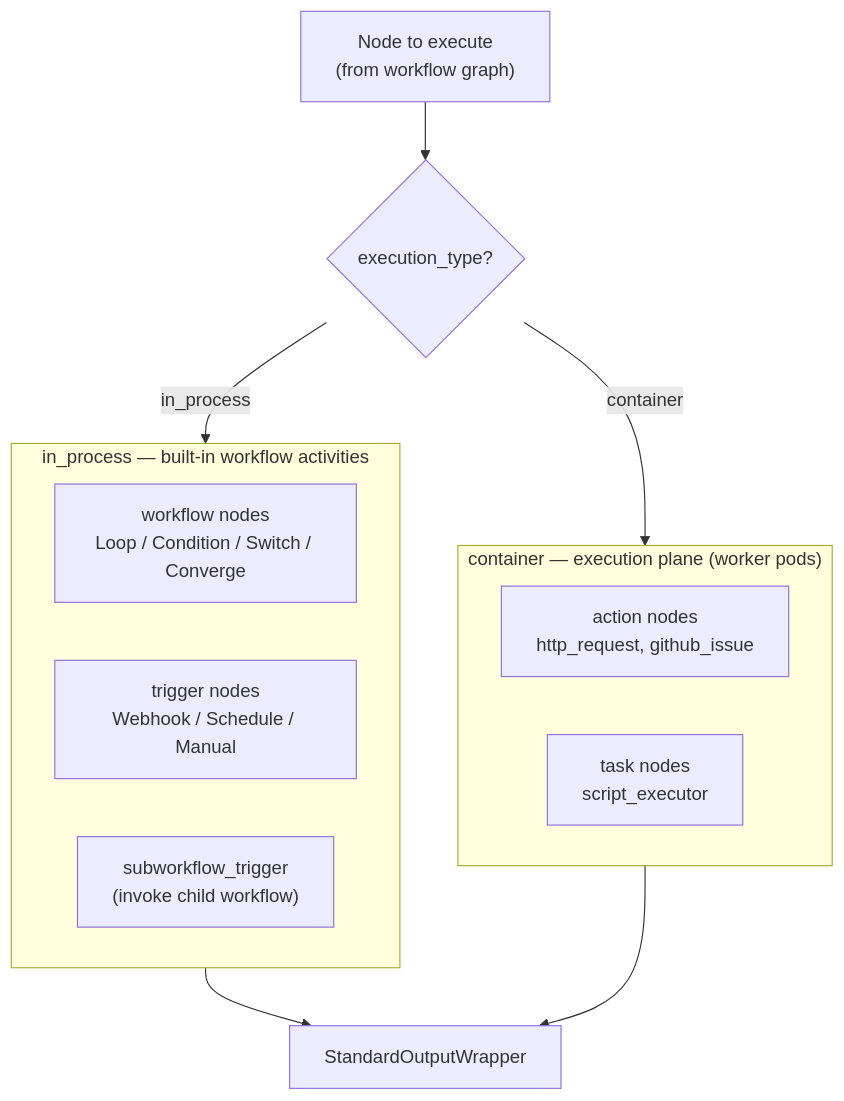
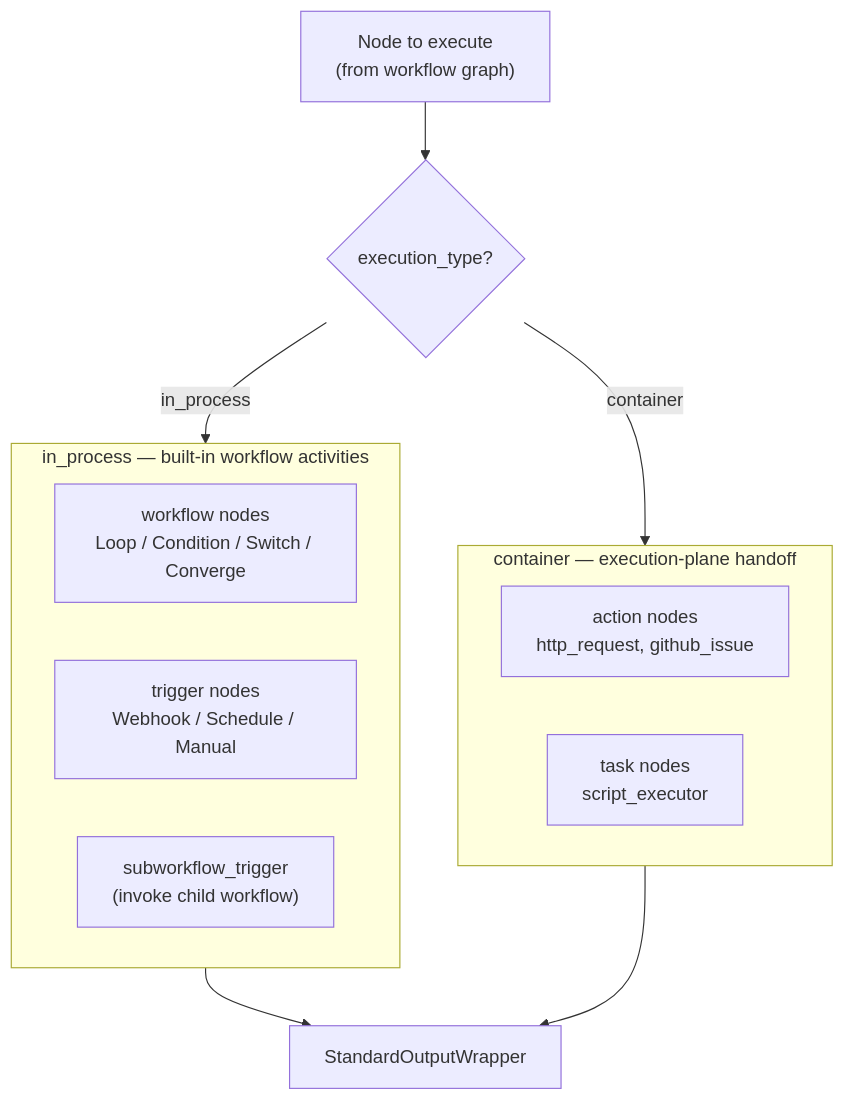
One commit to syntara-orchestration/syntara-node-sdk changed the third of 5 diagrams in docs/architecture.md. Above: the diagram before and after it, drawn with Mermaid. The commit also changed other lines of this file and 15 other files, not shown here.

Commit message:
Update architecture docs and add OCI registry support

````diff
--- a/docs/architecture.md
+++ b/docs/architecture.md
@@ -383,22 +419,22 @@
 ```mermaid
 graph TB
     NODE["Node to execute<br/>(from workflow graph)"]
     FORK{"execution_type?"}
 
     subgraph INPROC["in_process — built-in workflow activities"]
         WF["workflow nodes<br/>Loop / Condition / Switch / Converge"]
         TRIG["trigger nodes<br/>Webhook / Schedule / Manual"]
         SUBWF["subworkflow_trigger<br/>(invoke child workflow)"]
     end
 
-    subgraph CONTAINER["container — execution plane (worker pods)"]
+    subgraph CONTAINER["container — execution-plane handoff"]
         ACT["action nodes<br/>http_request, github_issue"]
         TASK["task nodes<br/>script_executor"]
     end
 
     NODE --> FORK
     FORK -->|in_process| INPROC
     FORK -->|container| CONTAINER
     INPROC --> RESULT["StandardOutputWrapper"]
     CONTAINER --> RESULT
 ```
````
